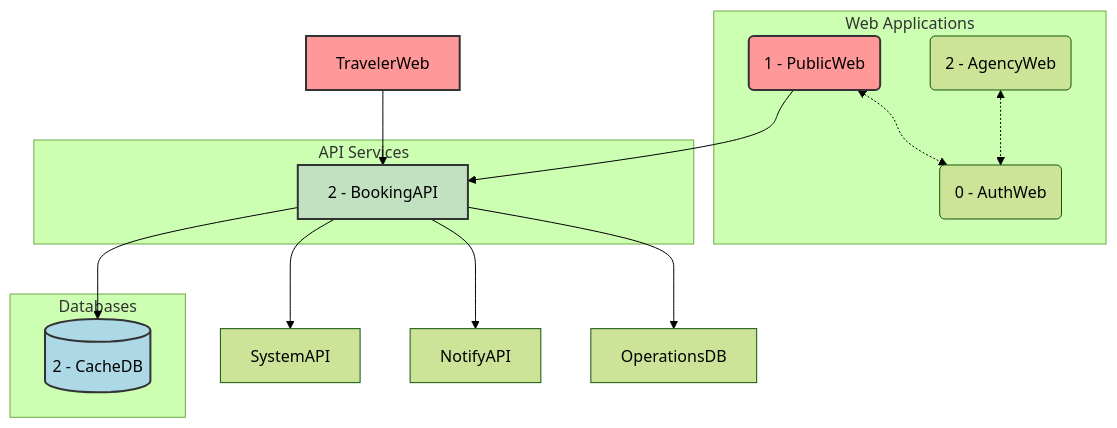
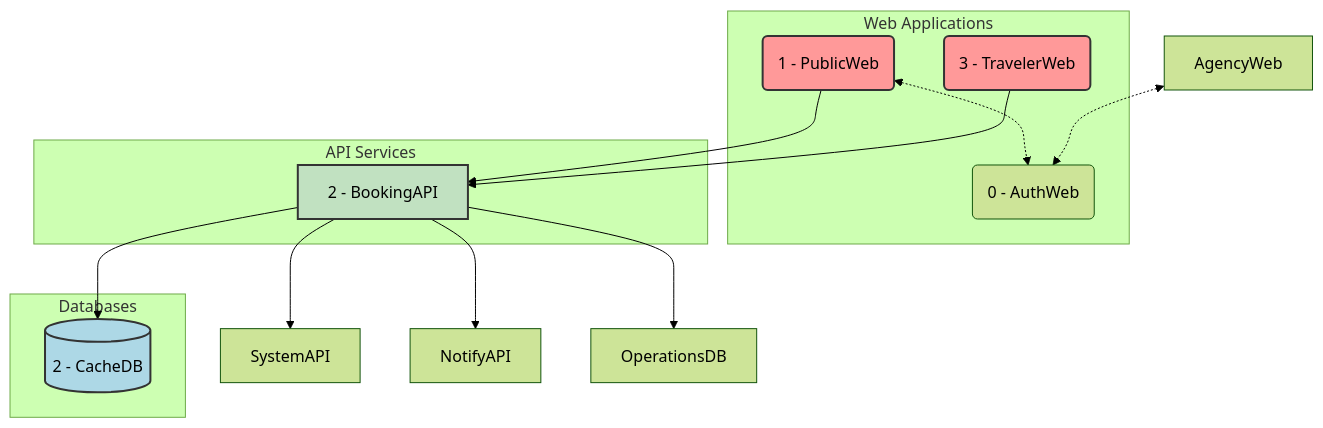
One commit to AstroBookings/.github changed the first of 2 diagrams in profile/1-analysis/5_2-astrobookings-booking-management-domain.md. Above: the diagram before and after it, drawn with Mermaid (forest theme).

Commit message:
fix: TravelerWeb(3 - TravelerWeb)

````diff
--- a/profile/1-analysis/5_2-astrobookings-booking-management-domain.md
+++ b/profile/1-analysis/5_2-astrobookings-booking-management-domain.md
@@ -60,41 +60,41 @@
 ```mermaid
 graph TD
     subgraph Web Applications
         PublicWeb(1 - PublicWeb)
-        AgencyWeb(2 - AgencyWeb)
+        TravelerWeb(3 - TravelerWeb)
         AuthWeb(0 - AuthWeb)
     end
 
     subgraph API Services
         BookingAPI[2 - BookingAPI]
     end
 
     subgraph Databases
         CacheDB[(2 - CacheDB)]
     end
 
     %% Web to Web connections
     PublicWeb <-.-> AuthWeb
     AgencyWeb <-.-> AuthWeb
 
     %% Web to API connections
     PublicWeb --> BookingAPI
     TravelerWeb --> BookingAPI
 
 
     %% API to API connections
     BookingAPI --> SystemAPI
     BookingAPI --> NotifyAPI
 
     %% API to Database connections
     BookingAPI --> OperationsDB
     BookingAPI --> CacheDB
 
     %% Style
     classDef web fill:#FF9999,stroke:#333,stroke-width:2px;
     classDef api fill:#C1E1C1,stroke:#333,stroke-width:2px;
     classDef db fill:#ADD8E6,stroke:#333,stroke-width:2px;
     class PublicWeb,TravelerWeb web;
     class BookingAPI api;
     class CacheDB db;
 ```
````
